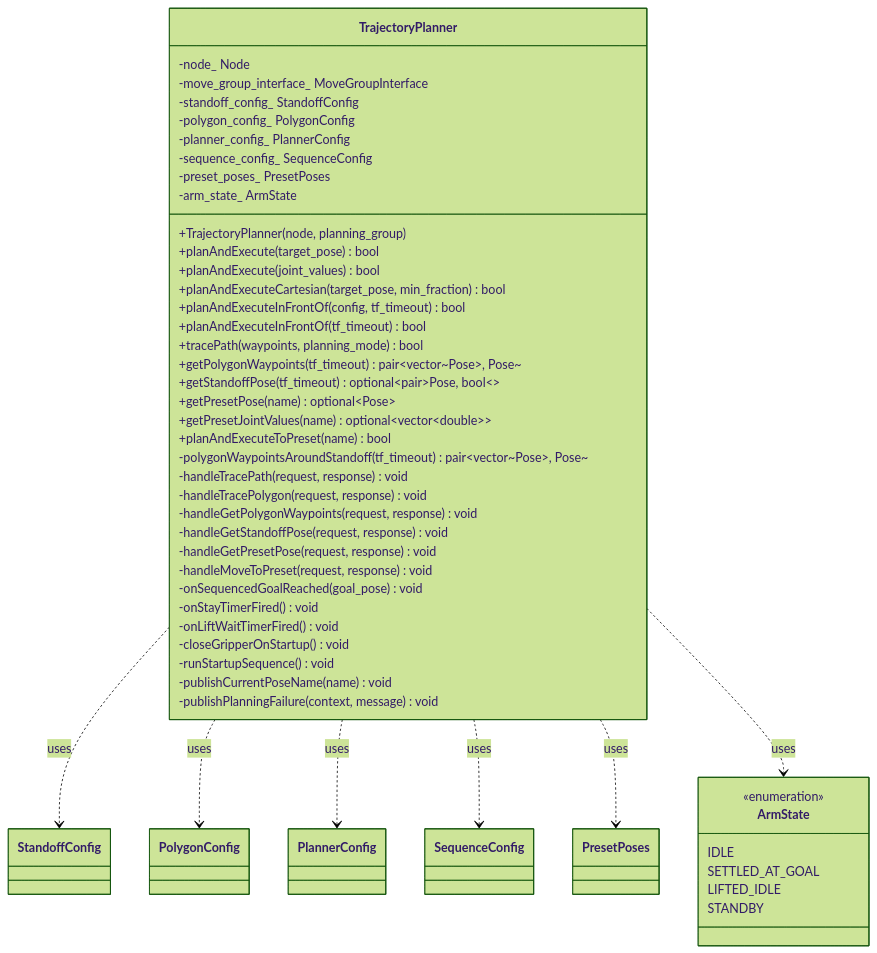
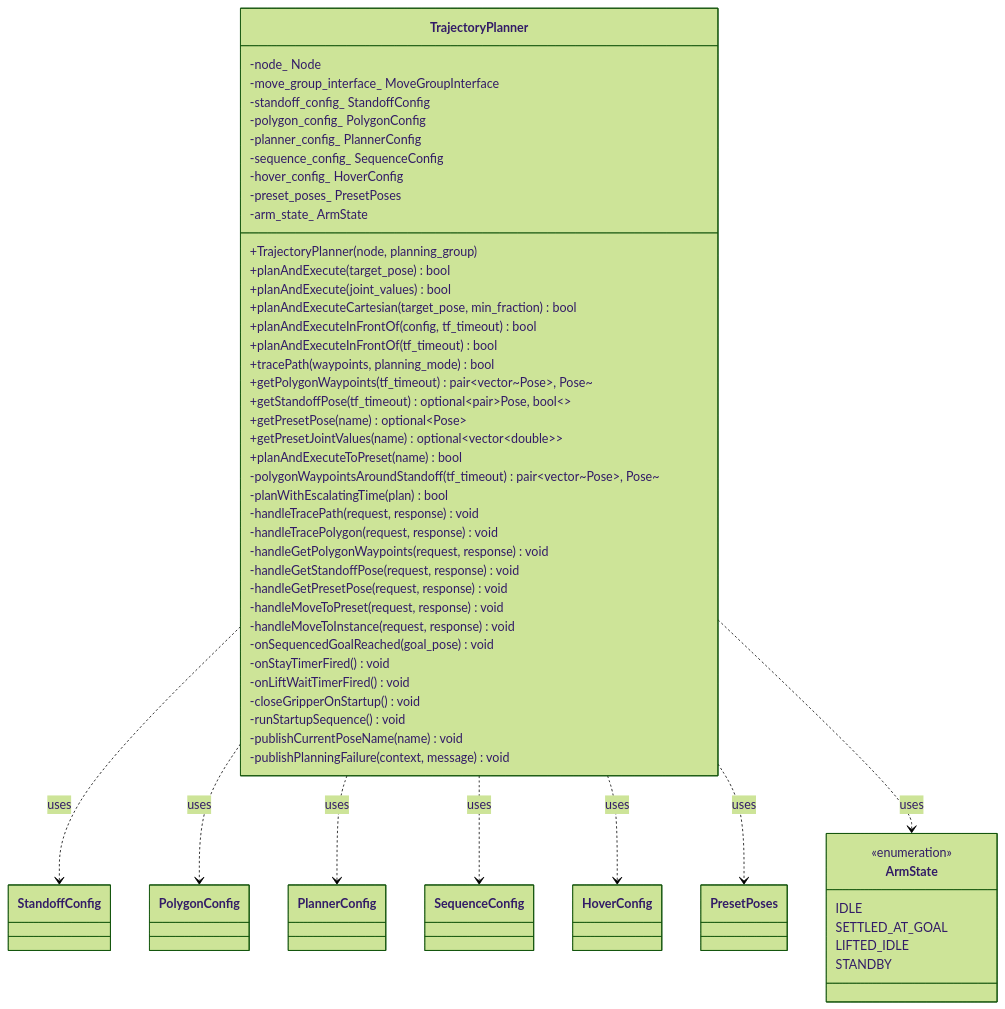
Before and after one commit to tesarect/aruco_visual_calibration: the third of 6 diagrams in resources/docs/class_docs/visual_calibration_moveit.md, drawn with Mermaid (forest theme). The commit also changed other lines of this file and 11 other files, not shown here.

````diff
--- a/resources/docs/class_docs/visual_calibration_moveit.md
+++ b/resources/docs/class_docs/visual_calibration_moveit.md
@@ -136,52 +136,56 @@
 ```mermaid
 classDiagram
     class TrajectoryPlanner {
         +TrajectoryPlanner(node, planning_group)
         +planAndExecute(target_pose) bool
         +planAndExecute(joint_values) bool
         +planAndExecuteCartesian(target_pose, min_fraction) bool
         +planAndExecuteInFrontOf(config, tf_timeout) bool
         +planAndExecuteInFrontOf(tf_timeout) bool
         +tracePath(waypoints, planning_mode) bool
         +getPolygonWaypoints(tf_timeout) pair~vector~Pose~, Pose~
         +getStandoffPose(tf_timeout) optional~pair~Pose, bool~~
         +getPresetPose(name) optional~Pose~
         +getPresetJointValues(name) optional~vector~double~~
         +planAndExecuteToPreset(name) bool
         -polygonWaypointsAroundStandoff(tf_timeout) pair~vector~Pose~, Pose~
+        -planWithEscalatingTime(plan) bool
         -handleTracePath(request, response) void
         -handleTracePolygon(request, response) void
         -handleGetPolygonWaypoints(request, response) void
         -handleGetStandoffPose(request, response) void
         -handleGetPresetPose(request, response) void
         -handleMoveToPreset(request, response) void
+        -handleMoveToInstance(request, response) void
         -onSequencedGoalReached(goal_pose) void
         -onStayTimerFired() void
         -onLiftWaitTimerFired() void
         -closeGripperOnStartup() void
         -runStartupSequence() void
         -publishCurrentPoseName(name) void
         -publishPlanningFailure(context, message) void
         -node_ Node
         -move_group_interface_ MoveGroupInterface
         -standoff_config_ StandoffConfig
         -polygon_config_ PolygonConfig
         -planner_config_ PlannerConfig
         -sequence_config_ SequenceConfig
+        -hover_config_ HoverConfig
         -preset_poses_ PresetPoses
         -arm_state_ ArmState
     }
     TrajectoryPlanner ..> StandoffConfig : uses
     TrajectoryPlanner ..> PolygonConfig : uses
     TrajectoryPlanner ..> PlannerConfig : uses
     TrajectoryPlanner ..> SequenceConfig : uses
+    TrajectoryPlanner ..> HoverConfig : uses
     TrajectoryPlanner ..> PresetPoses : uses
     TrajectoryPlanner ..> ArmState : uses
     class ArmState {
         <<enumeration>>
         IDLE
         SETTLED_AT_GOAL
         LIFTED_IDLE
         STANDBY
     }
 ```
````
